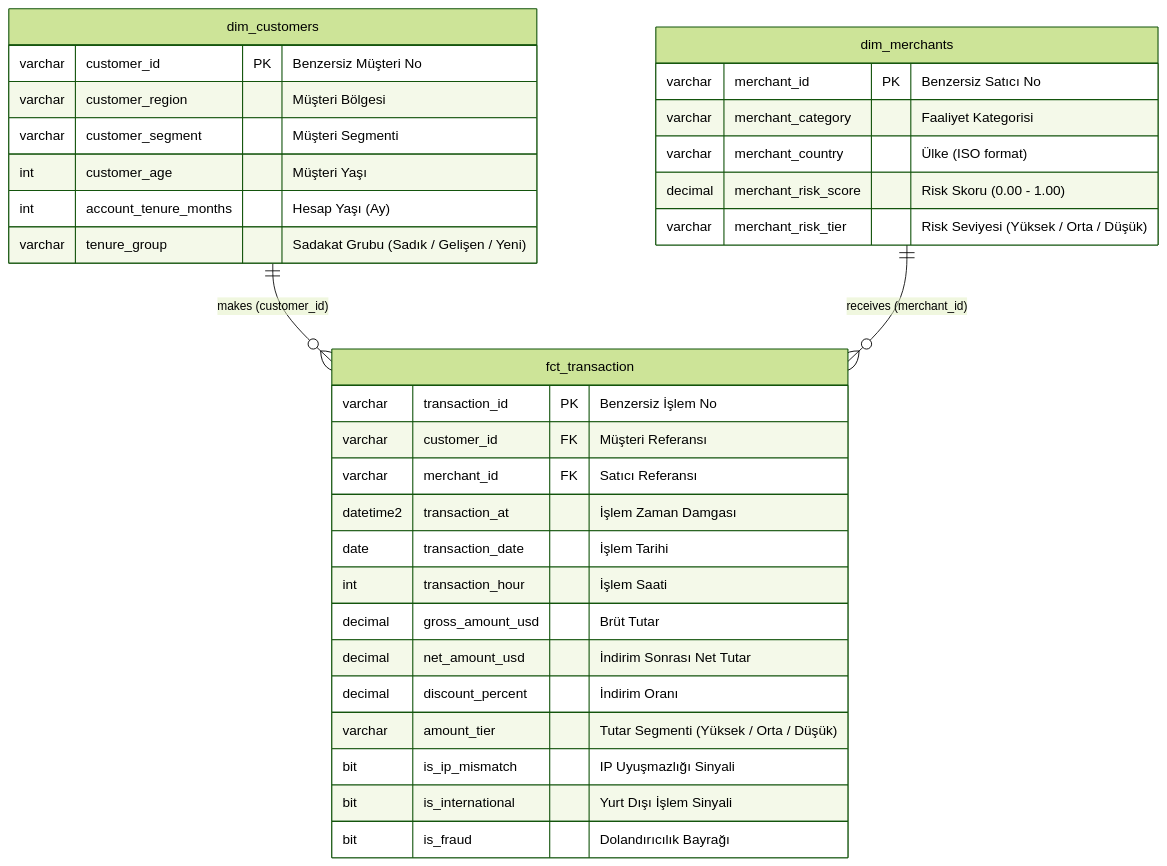
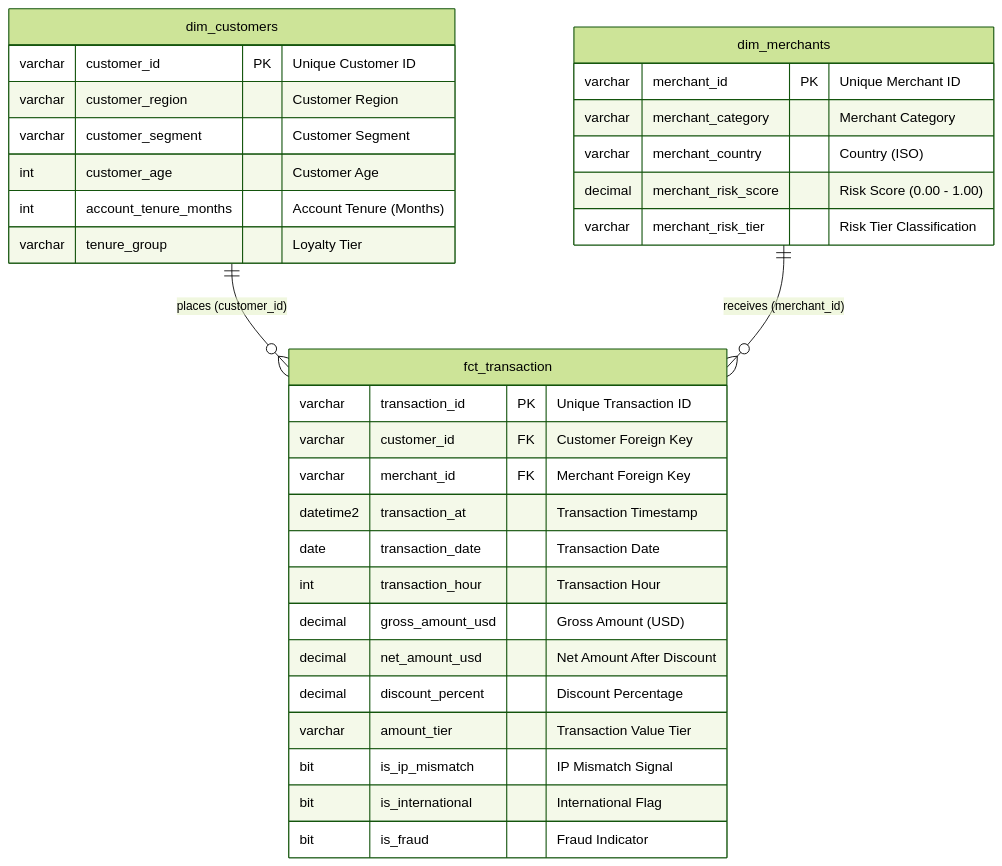
The second of 2 diagrams in README.md (blgnr1/ecommerce-elt-azure-dbt), drawn with Mermaid (forest theme) before and after one commit. The commit also changed other lines of this file, not shown here.

````diff
--- a/README.md
+++ b/README.md
@@ -83,38 +77,38 @@
 ```mermaid
 erDiagram
-    dim_customers ||--o{ fct_transaction : "makes (customer_id)"
+    dim_customers ||--o{ fct_transaction : "places (customer_id)"
     dim_merchants ||--o{ fct_transaction : "receives (merchant_id)"
 
     dim_customers {
-        varchar customer_id PK "Benzersiz Müşteri No"
-        varchar customer_region "Müşteri Bölgesi"
-        varchar customer_segment "Müşteri Segmenti"
-        int customer_age "Müşteri Yaşı"
-        int account_tenure_months "Hesap Yaşı (Ay)"
-        varchar tenure_group "Sadakat Grubu (Sadık / Gelişen / Yeni)"
+        varchar customer_id PK "Unique Customer ID"
+        varchar customer_region "Customer Region"
+        varchar customer_segment "Customer Segment"
+        int customer_age "Customer Age"
+        int account_tenure_months "Account Tenure (Months)"
+        varchar tenure_group "Loyalty Tier"
     }
 
     dim_merchants {
-        varchar merchant_id PK "Benzersiz Satıcı No"
-        varchar merchant_category "Faaliyet Kategorisi"
-        varchar merchant_country "Ülke (ISO format)"
-        decimal merchant_risk_score "Risk Skoru (0.00 - 1.00)"
-        varchar merchant_risk_tier "Risk Seviyesi (Yüksek / Orta / Düşük)"
+        varchar merchant_id PK "Unique Merchant ID"
+        varchar merchant_category "Merchant Category"
+        varchar merchant_country "Country (ISO)"
+        decimal merchant_risk_score "Risk Score (0.00 - 1.00)"
+        varchar merchant_risk_tier "Risk Tier Classification"
     }
 
     fct_transaction {
-        varchar transaction_id PK "Benzersiz İşlem No"
-        varchar customer_id FK "Müşteri Referansı"
-        varchar merchant_id FK "Satıcı Referansı"
-        datetime2 transaction_at "İşlem Zaman Damgası"
-        date transaction_date "İşlem Tarihi"
-        int transaction_hour "İşlem Saati"
-        decimal gross_amount_usd "Brüt Tutar"
-        decimal net_amount_usd "İndirim Sonrası Net Tutar"
-        decimal discount_percent "İndirim Oranı"
-        varchar amount_tier "Tutar Segmenti (Yüksek / Orta / Düşük)"
-        bit is_ip_mismatch "IP Uyuşmazlığı Sinyali"
-        bit is_international "Yurt Dışı İşlem Sinyali"
-        bit is_fraud "Dolandırıcılık Bayrağı"
+        varchar transaction_id PK "Unique Transaction ID"
+        varchar customer_id FK "Customer Foreign Key"
+        varchar merchant_id FK "Merchant Foreign Key"
+        datetime2 transaction_at "Transaction Timestamp"
+        date transaction_date "Transaction Date"
+        int transaction_hour "Transaction Hour"
+        decimal gross_amount_usd "Gross Amount (USD)"
+        decimal net_amount_usd "Net Amount After Discount"
+        decimal discount_percent "Discount Percentage"
+        varchar amount_tier "Transaction Value Tier"
+        bit is_ip_mismatch "IP Mismatch Signal"
+        bit is_international "International Flag"
+        bit is_fraud "Fraud Indicator"
     }
 ```
````
